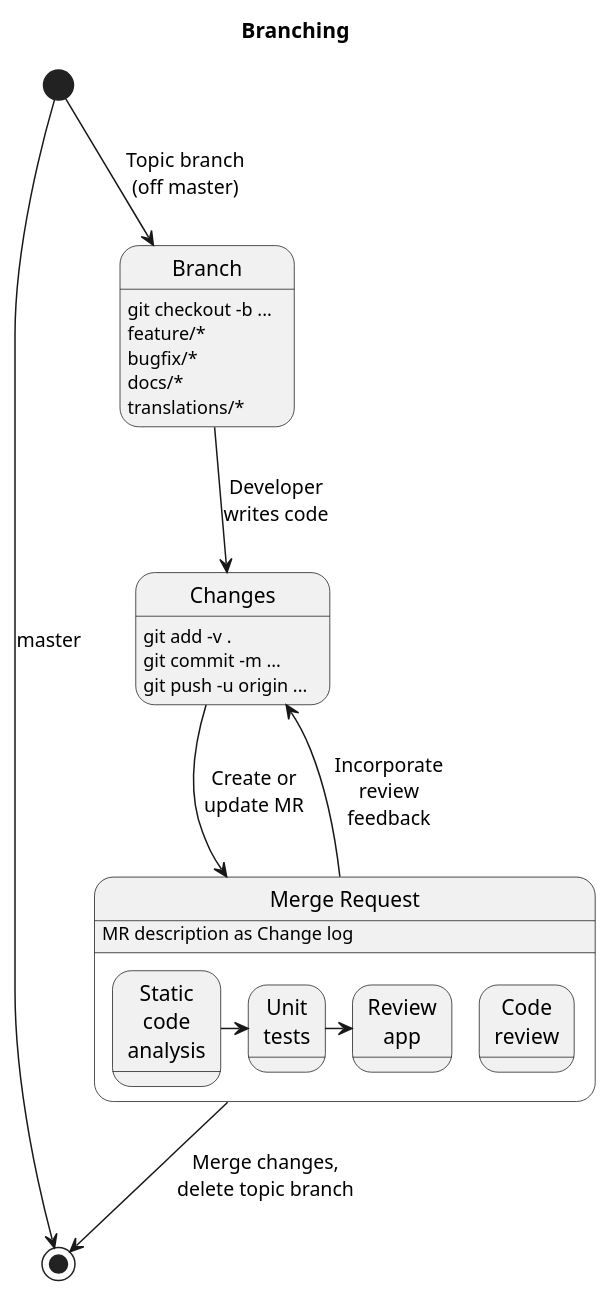
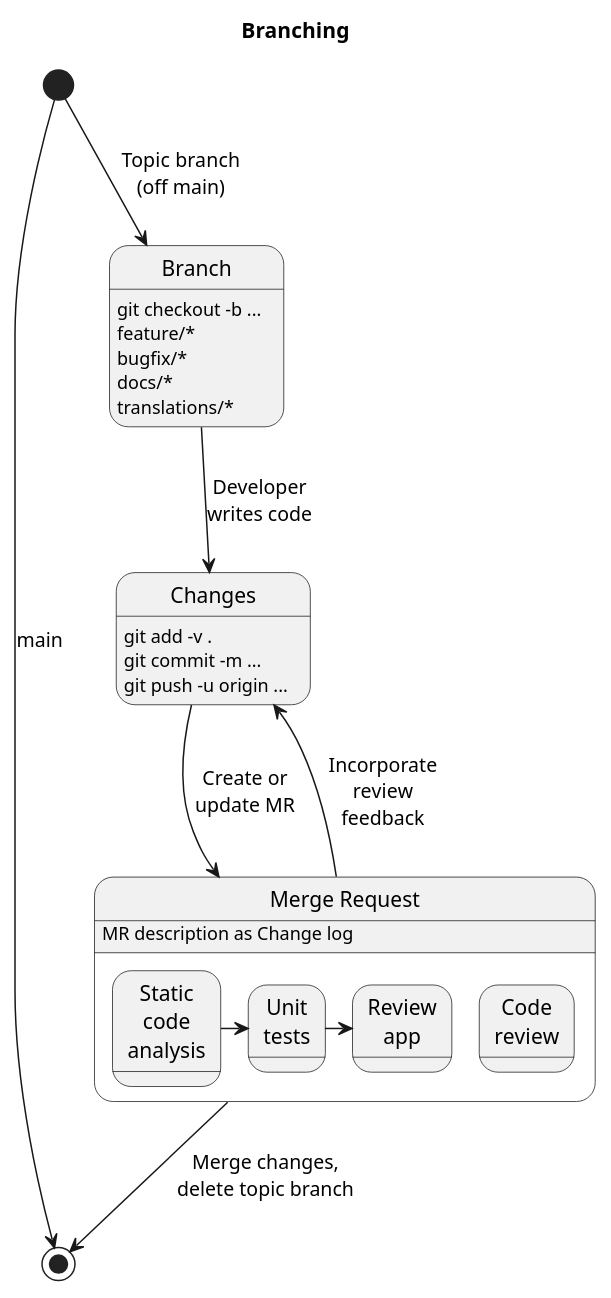
One commit to painless-software/devops-education-kit changed the diagram in devops-branching.md. Above: the diagram before and after it, drawn with PlantUML.

Commit message:
Rename main branch (remove slavery terminology)

````diff
--- a/devops-branching.md
+++ b/devops-branching.md
@@ -11,38 +11,38 @@
 ```plantuml
 @startuml
 title Branching
 
-[*] --> [*]: master
+[*] --> [*]: main
 
-[*] --> Branch : Topic branch\n(off master)
+[*] --> Branch : Topic branch\n(off main)
 Branch : git checkout -b ...
 Branch : feature/*
 Branch : bugfix/*
 Branch : docs/*
 Branch : translations/*
 
 Branch --> Changes : Developer\nwrites code
 Changes : git add -v .
 Changes : git commit -m ...
 Changes : git push -u origin ...
 
 Changes --> mr : Create or\nupdate MR
 mr : MR description as Change log
 
 state "Merge Request" as mr {
   state "Static\ncode\nanalysis" as checks
   state "Unit\ntests" as tests
   state "Review\napp" as reviewapp
 
   checks -> tests
   tests -> reviewapp
 
   state "Code\nreview" as codereview
 }
 
 mr --> Changes : Incorporate\nreview\nfeedback
 
 mr --> [*] : Merge changes,\ndelete topic branch
 
 @enduml
 ```
````
